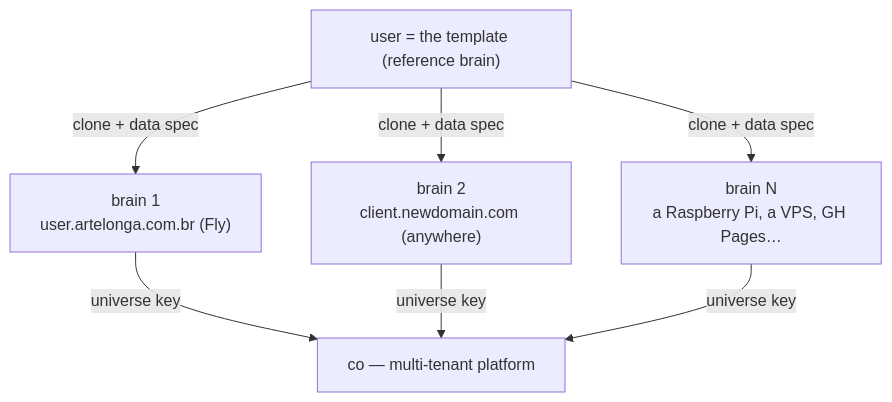
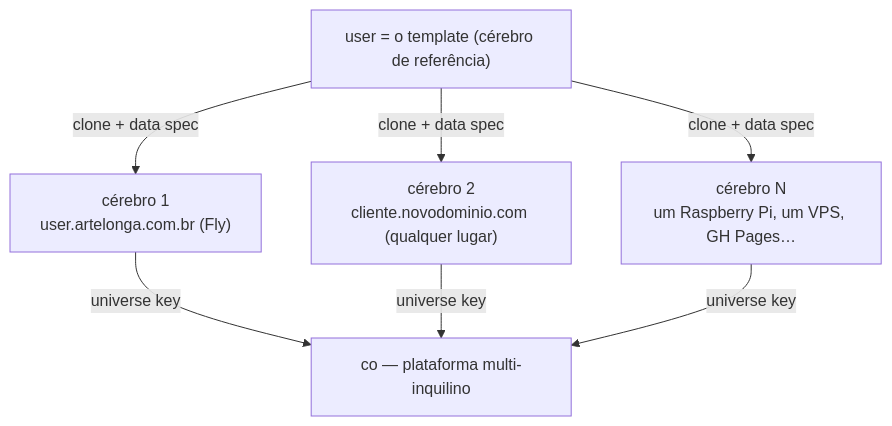
Before and after one commit to artelonga/ArteLonga: the second of 6 diagrams in docs/intelligence-as-a-service.pt.md, drawn with Mermaid. The commit also changed other lines of this file and 51 other files, not shown here.

First line of the commit message:
feat(docs): diagramas em Excalidraw real (mermaid→excalidraw) + IaaS em PT (#87)

````diff
--- a/docs/intelligence-as-a-service.pt.md
+++ b/docs/intelligence-as-a-service.pt.md
@@ -93,10 +93,10 @@
 ```mermaid
 flowchart TB
-  TPL["user = the template (reference brain)"]
-  TPL -->|"clone + data spec"| B1["brain 1<br/>user.artelonga.com.br (Fly)"]
-  TPL -->|"clone + data spec"| B2["brain 2<br/>client.newdomain.com (anywhere)"]
-  TPL -->|"clone + data spec"| B3["brain N<br/>a Raspberry Pi, a VPS, GH Pages…"]
-  B1 -->|"universe key"| CO["co — multi-tenant platform"]
+  TPL["user = o template (cérebro de referência)"]
+  TPL -->|"clone + data spec"| B1["cérebro 1<br/>user.artelonga.com.br (Fly)"]
+  TPL -->|"clone + data spec"| B2["cérebro 2<br/>cliente.novodominio.com (qualquer lugar)"]
+  TPL -->|"clone + data spec"| B3["cérebro N<br/>um Raspberry Pi, um VPS, GH Pages…"]
+  B1 -->|"universe key"| CO["co — plataforma multi-inquilino"]
   B2 -->|"universe key"| CO
   B3 -->|"universe key"| CO
 ```
````
